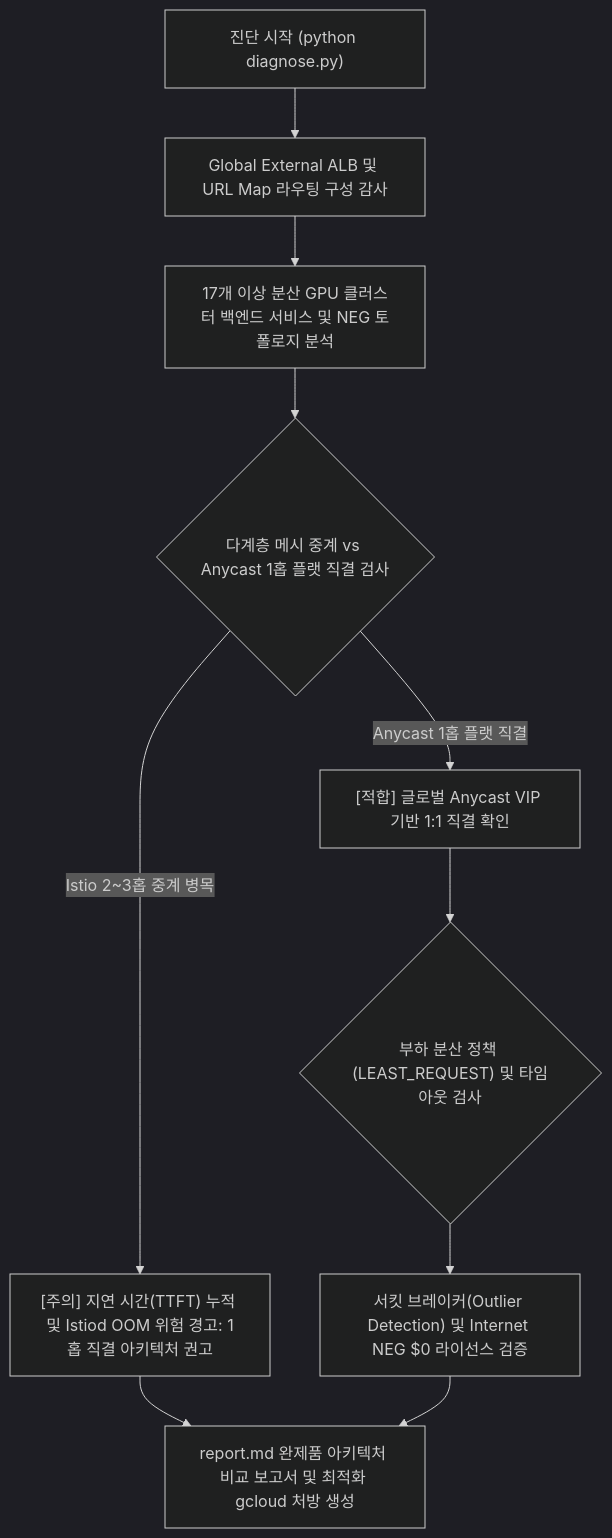
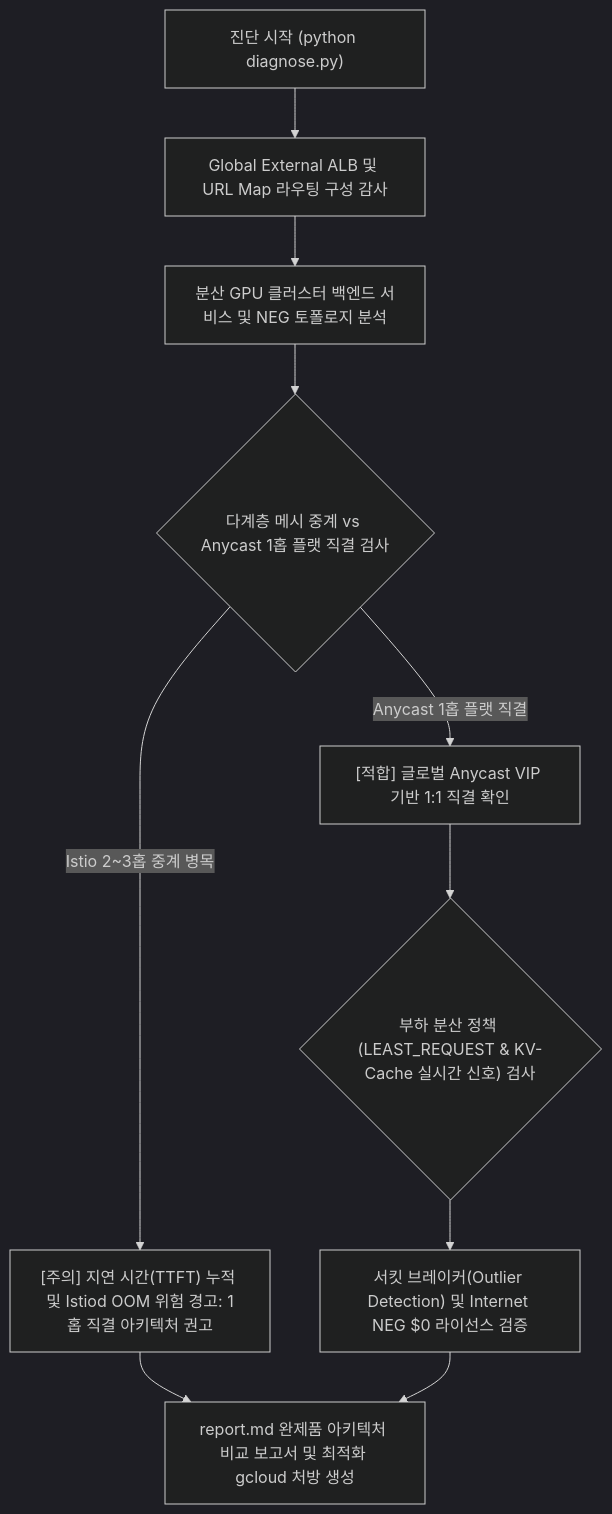
One commit to jiangjun-forge/google-cloud-0-to-1 changed the diagram in samples/gke-multi-cluster-inference-gateway/README.md. Above: the diagram before and after it, drawn with Mermaid (dark theme). The commit also changed other lines of this file and 5 other files, not shown here.

````diff
--- a/samples/gke-multi-cluster-inference-gateway/README.md
+++ b/samples/gke-multi-cluster-inference-gateway/README.md
@@ -38,12 +39,12 @@
 ```mermaid
 flowchart TD
     A["진단 시작 (python diagnose.py)"] --> B["Global External ALB 및 URL Map 라우팅 구성 감사"]
-    B --> C["17개 이상 분산 GPU 클러스터 백엔드 서비스 및 NEG 토폴로지 분석"]
+    B --> C["분산 GPU 클러스터 백엔드 서비스 및 NEG 토폴로지 분석"]
     C --> D{"다계층 메시 중계 vs Anycast 1홉 플랫 직결 검사"}
     D -->|"Istio 2~3홉 중계 병목"| E["[주의] 지연 시간(TTFT) 누적 및 Istiod OOM 위험 경고: 1홉 직결 아키텍처 권고"]
     D -->|"Anycast 1홉 플랫 직결"| F["[적합] 글로벌 Anycast VIP 기반 1:1 직결 확인"]
-    F --> G{"부하 분산 정책 (LEAST_REQUEST) 및 타임아웃 검사"}
+    F --> G{"부하 분산 정책 (LEAST_REQUEST & KV-Cache 실시간 신호) 검사"}
     G --> H["서킷 브레이커(Outlier Detection) 및 Internet NEG $0 라이선스 검증"]
     E --> I["report.md 완제품 아키텍처 비교 보고서 및 최적화 gcloud 처방 생성"]
     H --> I
 ```
````
